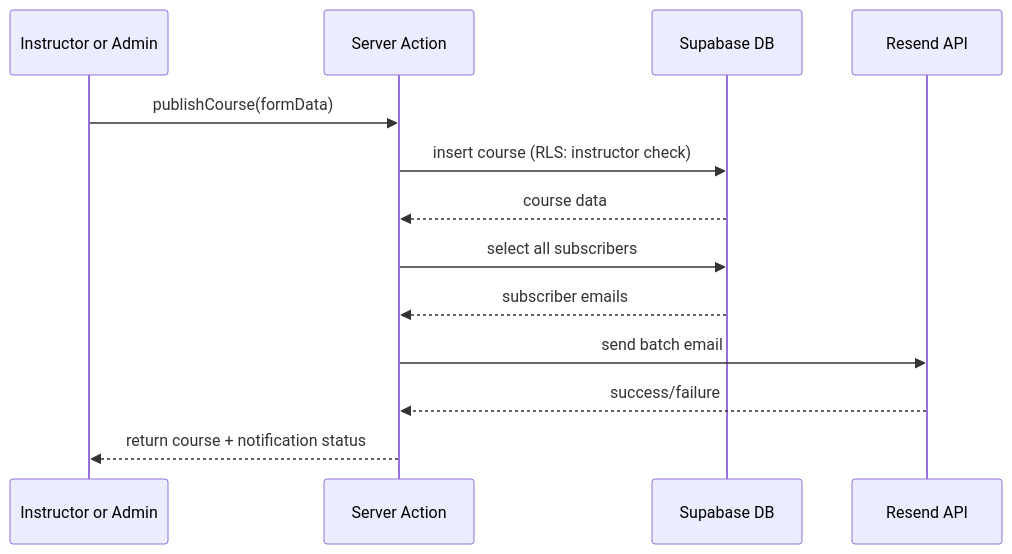
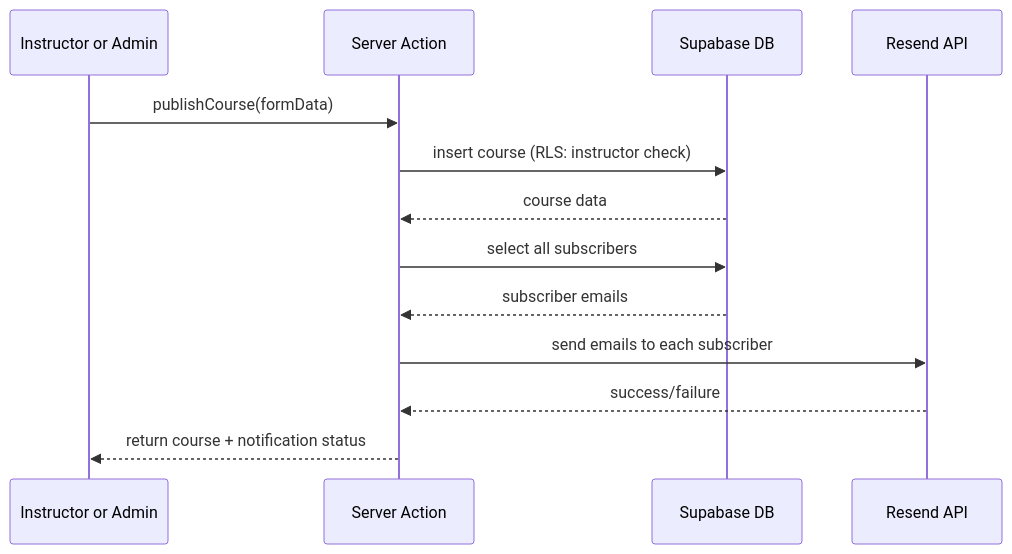
The third of 3 diagrams in kiteklubb_full_stack_8aaca1e7.plan.md (Frankwds/AalesundKiteklubb), drawn with Mermaid before and after one commit. The commit also changed other lines of this file, not shown here.

````diff
--- a/kiteklubb_full_stack_8aaca1e7.plan.md
+++ b/kiteklubb_full_stack_8aaca1e7.plan.md
@@ -834,16 +836,16 @@
 ```mermaid
 sequenceDiagram
   participant U as Instructor or Admin
   participant SA as Server Action
   participant DB as Supabase DB
   participant R as Resend API
 
   U->>SA: publishCourse(formData)
   SA->>DB: insert course (RLS: instructor check)
   DB-->>SA: course data
   SA->>DB: select all subscribers
   DB-->>SA: subscriber emails
-  SA->>R: send batch email
+  SA->>R: send emails to each subscriber
   R-->>SA: success/failure
   SA-->>U: return course + notification status
 ```
````
